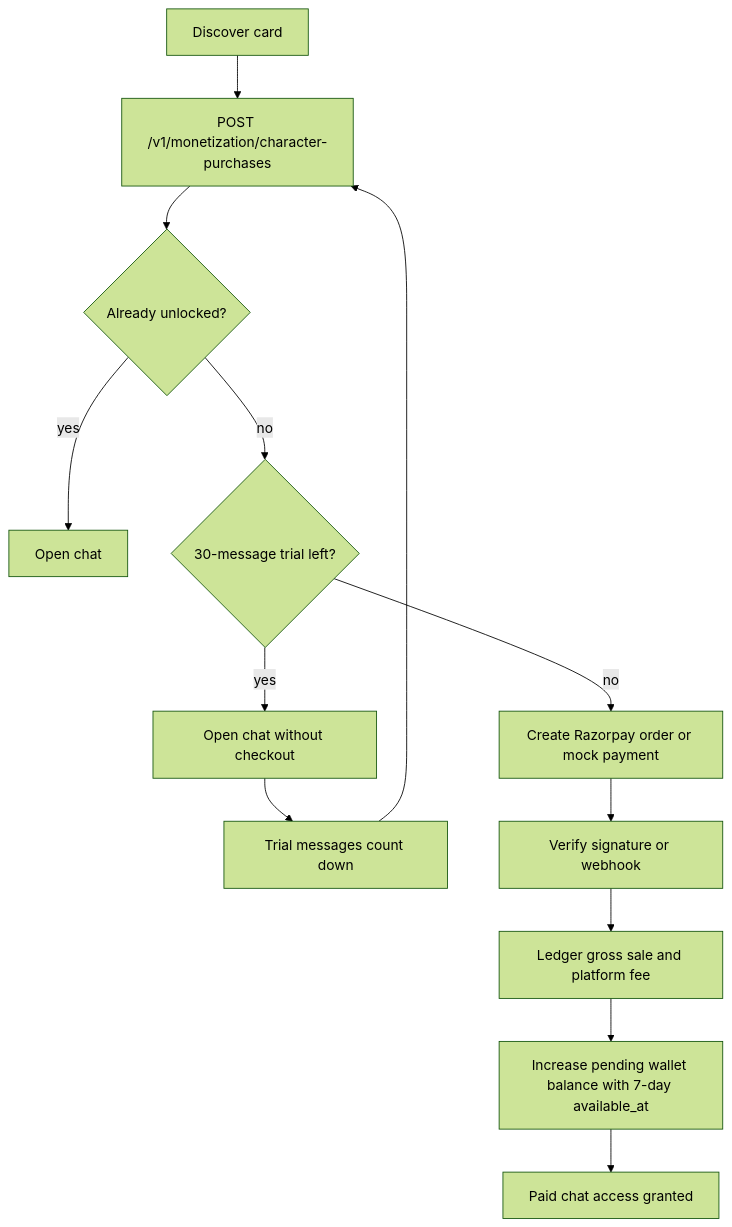
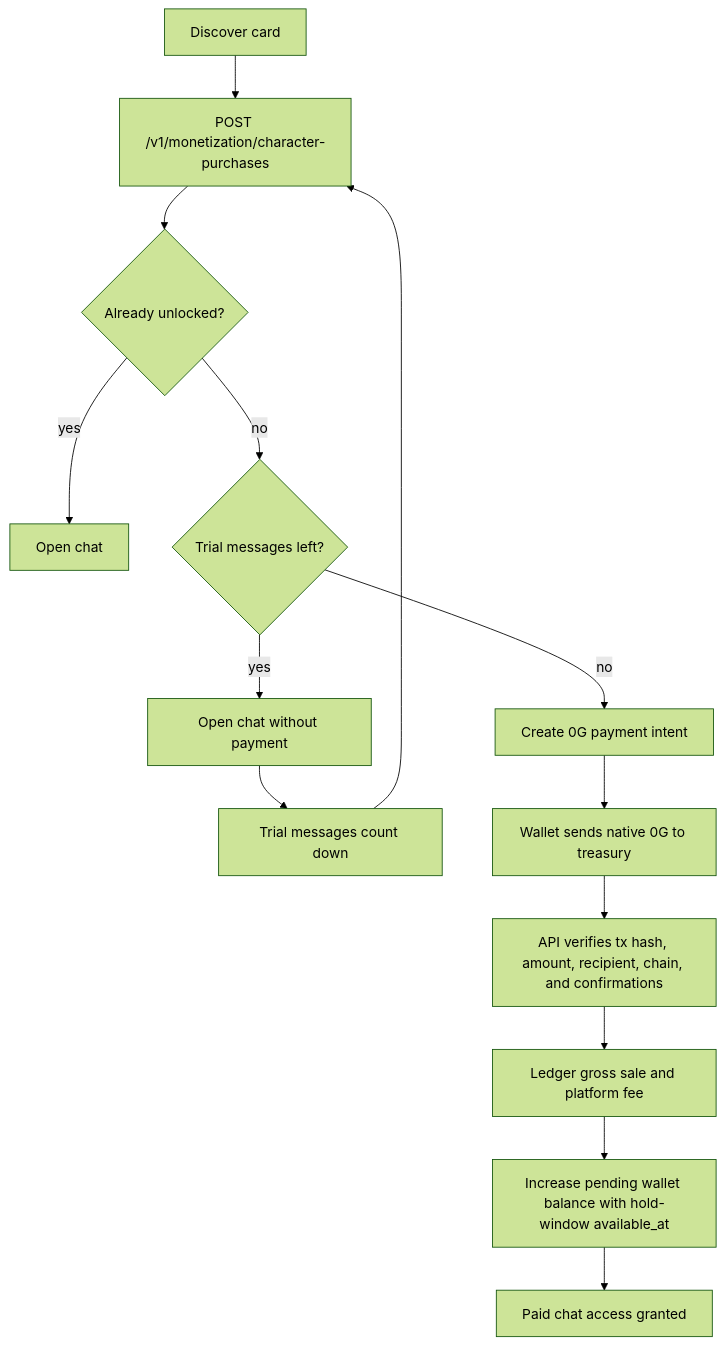
The first of 2 diagrams in docs/monetization-payouts.md (Afnanksalal/hana-chat), drawn with Mermaid (forest theme) before and after one commit. The commit also changed other lines of this file and 25 other files, not shown here.

````diff
--- a/docs/monetization-payouts.md
+++ b/docs/monetization-payouts.md
@@ -44,15 +31,16 @@
 ```mermaid
 flowchart TD
   Discover["Discover card"] --> CreatePurchase["POST /v1/monetization/character-purchases"]
   CreatePurchase --> AlreadyPaid{"Already unlocked?"}
   AlreadyPaid -- yes --> Chat["Open chat"]
-  AlreadyPaid -- no --> Trial{"30-message trial left?"}
-  Trial -- yes --> TrialChat["Open chat without checkout"]
+  AlreadyPaid -- no --> Trial{"Trial messages left?"}
+  Trial -- yes --> TrialChat["Open chat without payment"]
   TrialChat --> TrialDone["Trial messages count down"]
   TrialDone --> CreatePurchase
-  Trial -- no --> Order["Create Razorpay order or mock payment"]
-  Order --> Verify["Verify signature or webhook"]
+  Trial -- no --> Intent["Create 0G payment intent"]
+  Intent --> Wallet["Wallet sends native 0G to treasury"]
+  Wallet --> Verify["API verifies tx hash, amount, recipient, chain, and confirmations"]
   Verify --> Ledger["Ledger gross sale and platform fee"]
-  Ledger --> Wallet["Increase pending wallet balance with 7-day available_at"]
-  Wallet --> Access["Paid chat access granted"]
+  Ledger --> CreatorWallet["Increase pending wallet balance with hold-window available_at"]
+  CreatorWallet --> Access["Paid chat access granted"]
 ```
````
